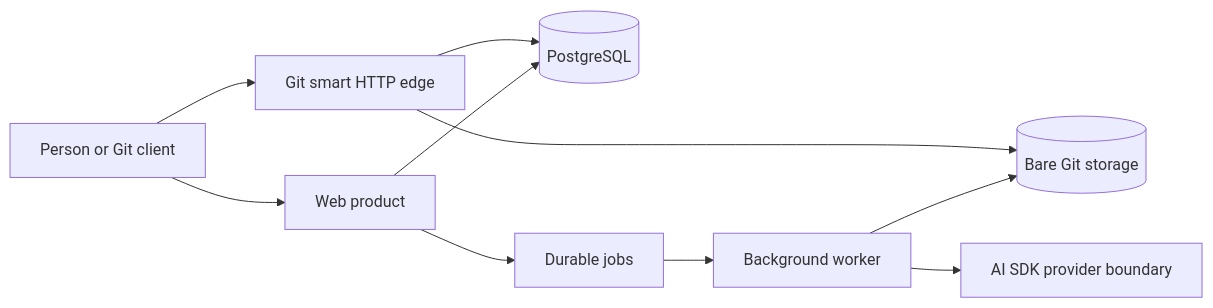
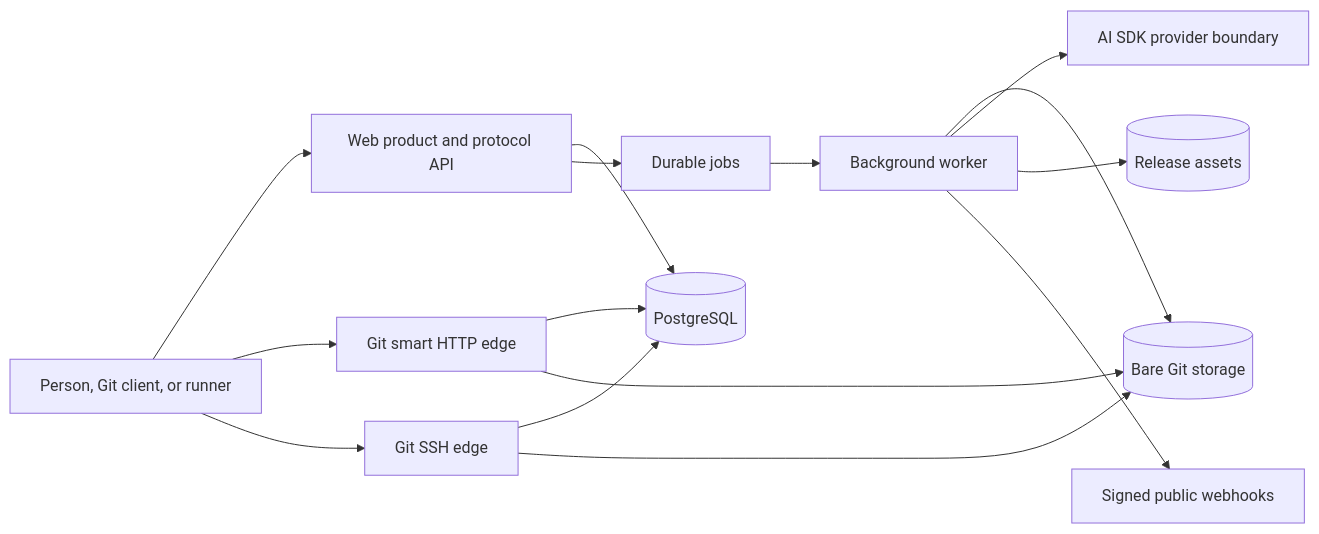
The diagram in docs/architecture.md (ErzenXz/northstar), drawn with Mermaid before and after one commit. The commit also changed other lines of this file and 55 other files, not shown here.

````diff
--- a/docs/architecture.md
+++ b/docs/architecture.md
@@ -9,12 +9,17 @@
 ```mermaid
 flowchart LR
-  User["Person or Git client"] --> Web["Web product"]
+  User["Person, Git client, or runner"] --> Web["Web product and protocol API"]
   User --> Git["Git smart HTTP edge"]
+  User --> SSH["Git SSH edge"]
   Web --> DB[(PostgreSQL)]
   Web --> Jobs["Durable jobs"]
   Jobs --> Worker["Background worker"]
   Worker --> Store[(Bare Git storage)]
   Git --> DB
   Git --> Store
+  SSH --> DB
+  SSH --> Store
   Worker --> AI["AI SDK provider boundary"]
+  Worker --> Assets[(Release assets)]
+  Worker --> Hooks["Signed public webhooks"]
 ```
````
